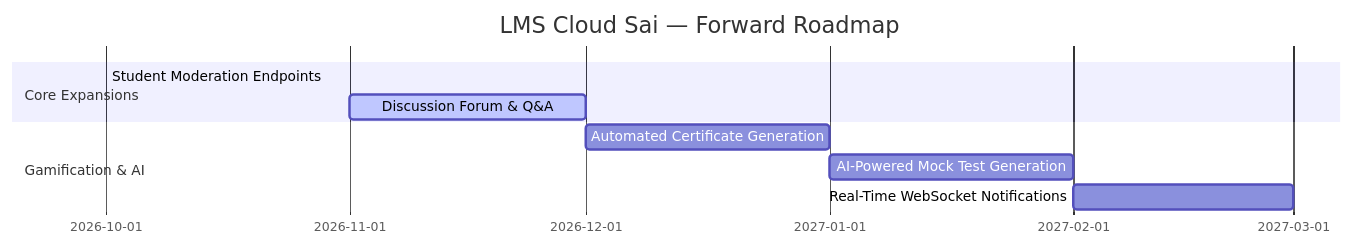
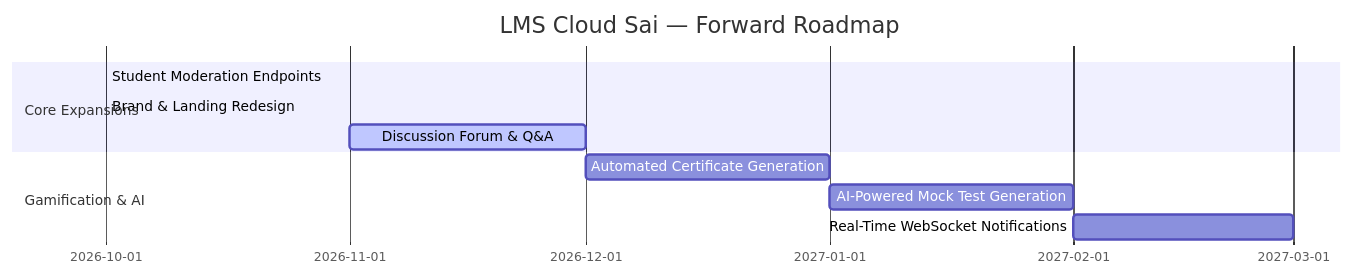
Before and after one commit to Sairitik008/LMS-cloud-sai: the diagram in docs/phases.md, drawn with Mermaid. The commit also changed other lines of this file and 6 other files, not shown here.

Commit message:
docs: synchronize project architecture, design system, and memory records with current release

````diff
--- a/docs/phases.md
+++ b/docs/phases.md
@@ -88,12 +108,13 @@
 ```mermaid
 gantt
     title LMS Cloud Sai — Forward Roadmap
     dateFormat  YYYY-MM
     section Core Expansions
     Student Moderation Endpoints       :done, 2026-10, 2026-10
+    Brand & Landing Redesign           :done, 2026-10, 2026-10
     Discussion Forum & Q&A             :active, 2026-11, 2026-12
     section Gamification & AI
     Automated Certificate Generation   :2026-12, 2027-01
     AI-Powered Mock Test Generation    :2027-01, 2027-02
     Real-Time WebSocket Notifications  :2027-02, 2027-03
 ```
````
